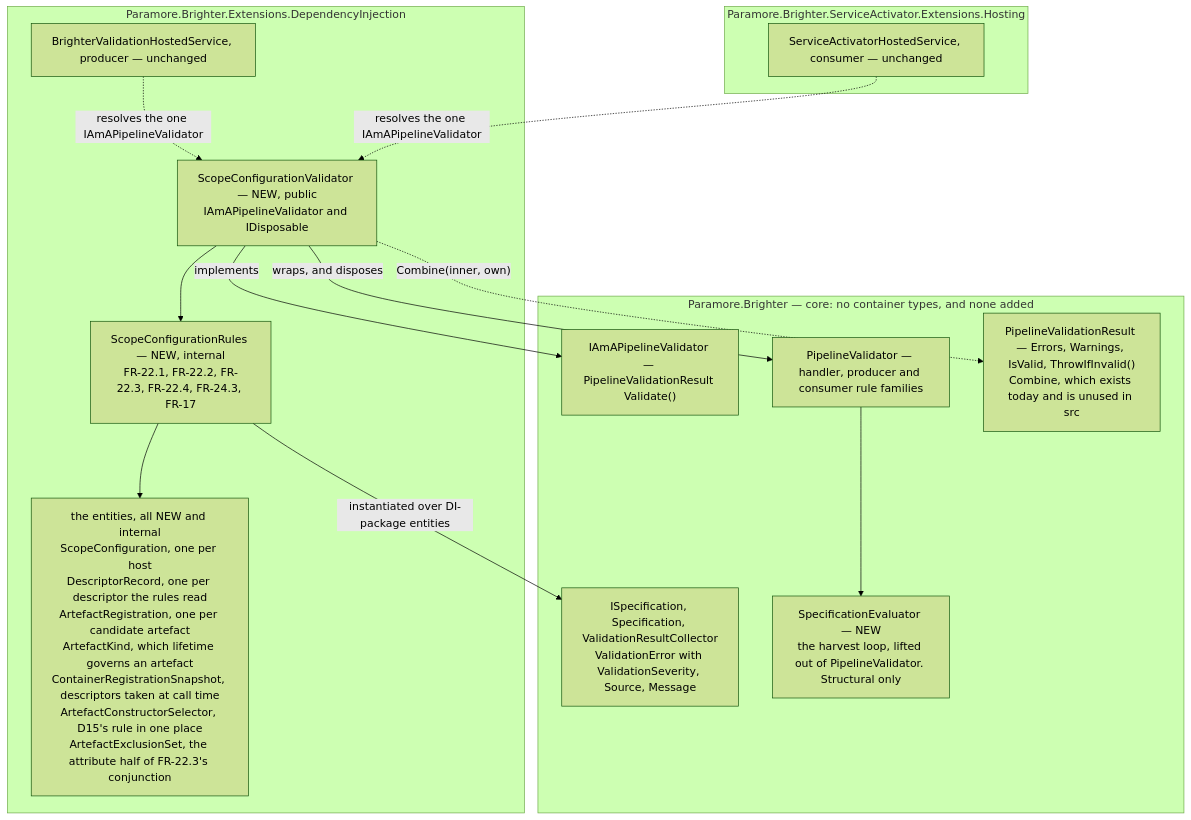
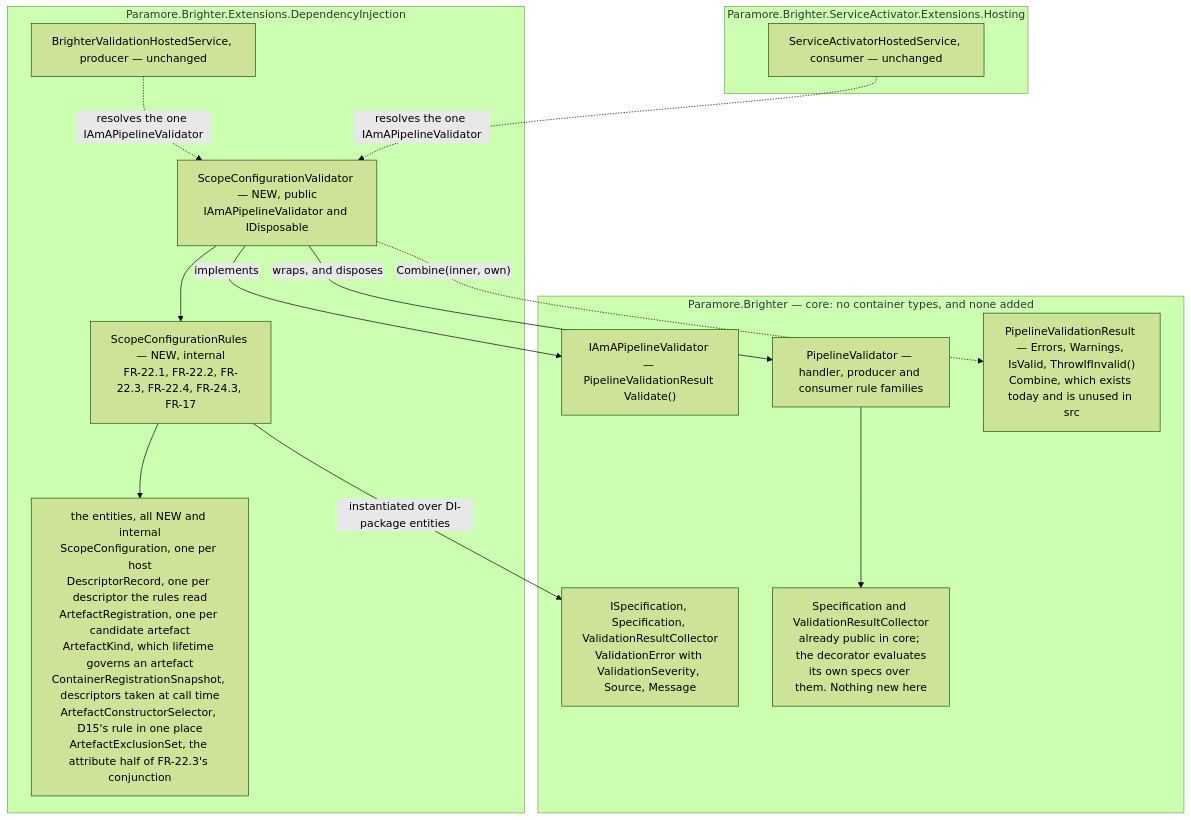
The second of 2 diagrams in docs/adr/0074-lifetime-validation-evaluation-site.md (BrighterCommand/Brighter), drawn with Mermaid (forest theme) before and after one commit. The commit also changed other lines of this file, not shown here.

````diff
--- a/docs/adr/0074-lifetime-validation-evaluation-site.md
+++ b/docs/adr/0074-lifetime-validation-evaluation-site.md
@@ -156,31 +156,31 @@
 ```mermaid
 flowchart TB
     subgraph core["Paramore.Brighter — core: no container types, and none added"]
         iface["IAmAPipelineValidator — PipelineValidationResult Validate()"]
         pv["PipelineValidator — handler, producer and consumer rule families"]
         result["PipelineValidationResult — Errors, Warnings, IsValid, ThrowIfInvalid()<br/>Combine, which exists today and is unused in src"]
         specs["ISpecification, Specification, ValidationResultCollector<br/>ValidationError with ValidationSeverity, Source, Message"]
-        eval["SpecificationEvaluator — NEW<br/>the harvest loop, lifted out of PipelineValidator. Structural only"]
+        eval["Specification and ValidationResultCollector<br/>already public in core; the decorator evaluates<br/>its own specs over them. Nothing new here"]
         pv --> eval
     end
 
     subgraph di["Paramore.Brighter.Extensions.DependencyInjection"]
         dec["ScopeConfigurationValidator — NEW, public<br/>IAmAPipelineValidator and IDisposable"]
         rules["ScopeConfigurationRules — NEW, internal<br/>FR-22.1, FR-22.2, FR-22.3, FR-22.4, FR-24.3, FR-17"]
         h1["BrighterValidationHostedService, producer — unchanged"]
         ents["the entities, all NEW and internal<br/>ScopeConfiguration, one per host<br/>DescriptorRecord, one per descriptor the rules read<br/>ArtefactRegistration, one per candidate artefact<br/>ArtefactKind, which lifetime governs an artefact<br/>ContainerRegistrationSnapshot, descriptors taken at call time<br/>ArtefactConstructorSelector, D15's rule in one place<br/>ArtefactExclusionSet, the attribute half of FR-22.3's conjunction"]
         dec --> rules
         rules --> ents
     end
 
     subgraph hosting["Paramore.Brighter.ServiceActivator.Extensions.Hosting"]
         h2["ServiceActivatorHostedService, consumer — unchanged"]
     end
 
     dec -- "implements" --> iface
     dec -- "wraps, and disposes" --> pv
     dec -. "Combine(inner, own)" .-> result
     rules -- "instantiated over DI-package entities" --> specs
     h1 -. "resolves the one IAmAPipelineValidator" .-> dec
     h2 -. "resolves the one IAmAPipelineValidator" .-> dec
 ```
````
